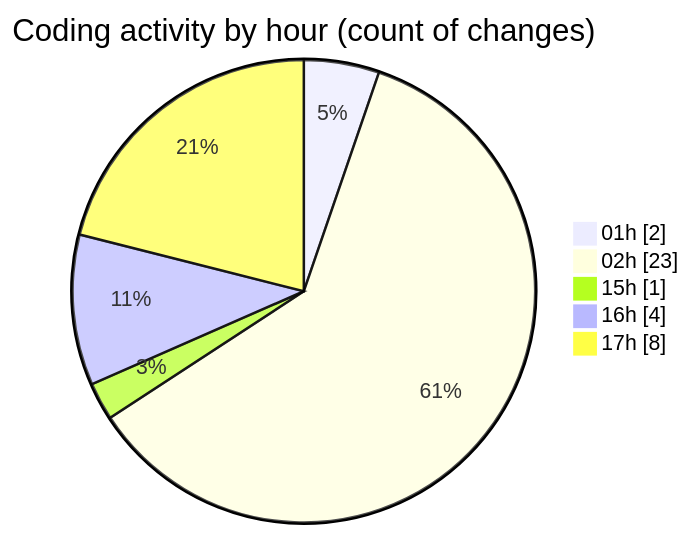
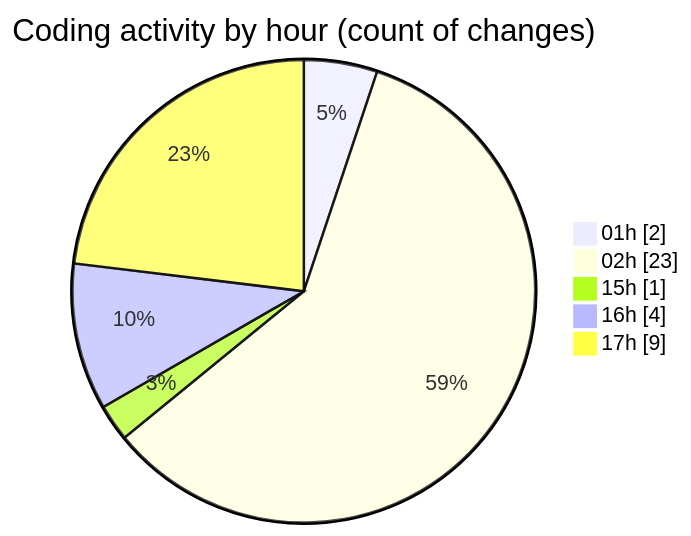
The second of 2 diagrams in 2025-10-01/open-health/README.md (mevix1/code-tracking), drawn with Mermaid before and after one commit. The commit also changed other lines of this file and 1 other file, not shown here.

````diff
--- a/2025-10-01/open-health/README.md
+++ b/2025-10-01/open-health/README.md
@@ -49,9 +50,9 @@
 ```mermaid
 pie showData
 title Coding activity by hour (count of changes)
 "01h" : 2
 "02h" : 23
 "15h" : 1
 "16h" : 4
-"17h" : 8
+"17h" : 9
 ```
````
